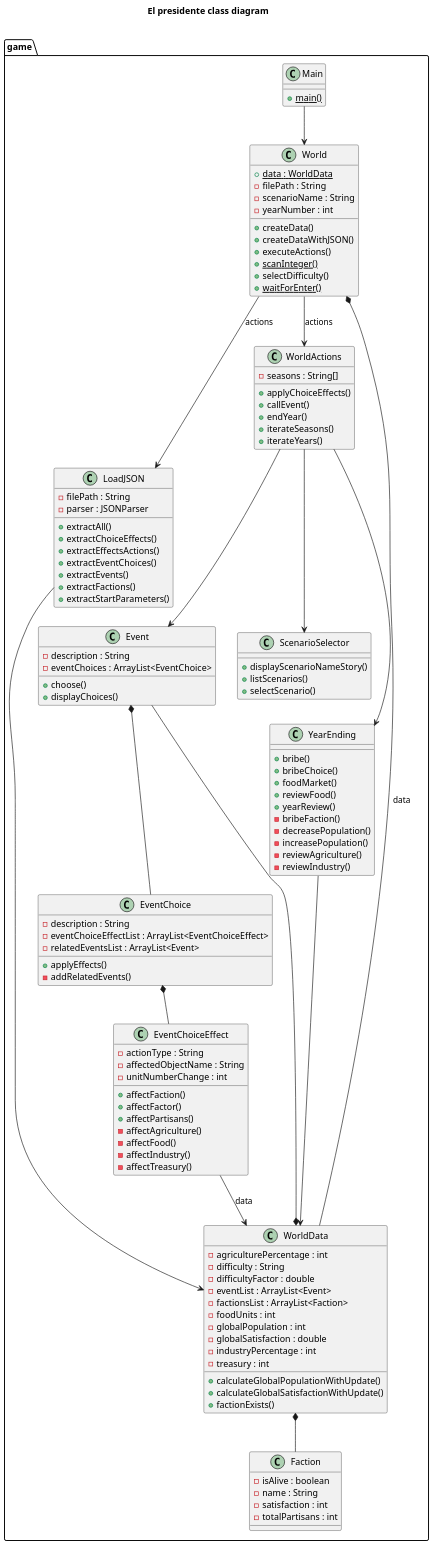
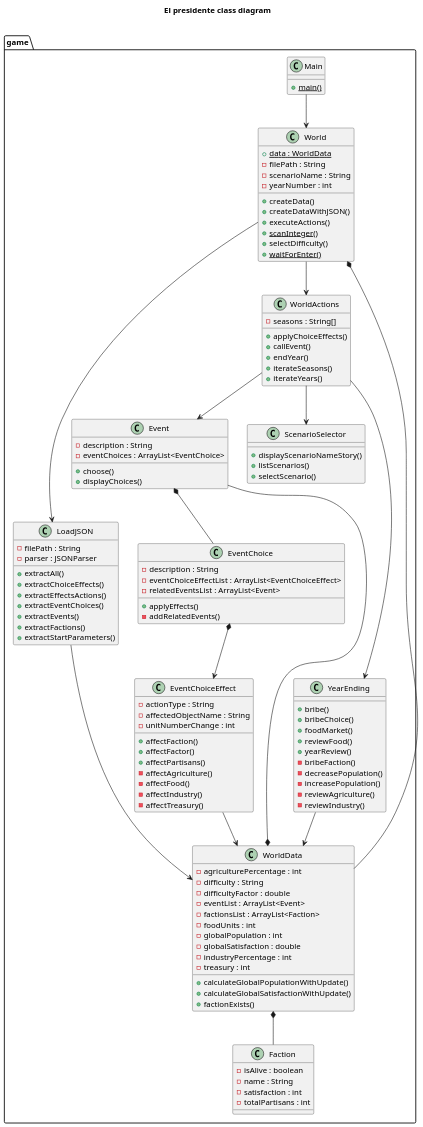
The diagram in src/main/java/game/game.plantuml (fm65/elpresidente), drawn with PlantUML before and after one commit. The commit also changed 10 other files, not shown here.

```diff
--- a/src/main/java/game/game.plantuml
+++ b/src/main/java/game/game.plantuml
@@ -1,183 +1,183 @@
 @startuml
 
 title  El presidente class diagram\n
 scale 1024 width
 
     namespace game {
       class game.Event {
           - description : String
           - eventChoices : ArrayList<EventChoice>
           + choose()
           + displayChoices()
       }
     }
 
   
 
     namespace game {
       class game.EventChoice {
           - description : String
           - eventChoiceEffectList : ArrayList<EventChoiceEffect>
           - relatedEventsList : ArrayList<Event>
           + applyEffects()
           - addRelatedEvents()
       }
     }
 
   
 
 
     namespace game {
       class game.EventChoiceEffect {
           - actionType : String
           - affectedObjectName : String
           - unitNumberChange : int
           + affectFaction()
           + affectFactor()
           + affectPartisans()
           - affectAgriculture()
           - affectFood()
           - affectIndustry()
           - affectTreasury()
       }
     }
 
   
 
 
     namespace game {
       class game.Faction {
           - isAlive : boolean
           - name : String
           - satisfaction : int
           - totalPartisans : int
       }
     }
 
   
 
 
     namespace game {
       class game.LoadJSON {
           - filePath : String
           - parser : JSONParser
           + extractAll()
           + extractChoiceEffects()
           + extractEffectsActions()
           + extractEventChoices()
           + extractEvents()
           + extractFactions()
           + extractStartParameters()
       }
     }
 
   
 
 
     namespace game {
       class game.Main {
           {static} + main()
       }
     }
 
   
 
 
     namespace game {
       class game.ScenarioSelector {
           + displayScenarioNameStory()
           + listScenarios()
           + selectScenario()
       }
     }
 
   
 
 
     namespace game {
       class game.World {
           {static} + data : WorldData
           - filePath : String
           - scenarioName : String
           - yearNumber : int
           + createData()
           + createDataWithJSON()
           + executeActions()
           {static} + scanInteger()
           + selectDifficulty()
           {static} + waitForEnter()
       }
     }
 
   
 
 
     namespace game {
       class game.WorldActions {
           - seasons : String[]
           + applyChoiceEffects()
           + callEvent()
           + endYear()
           + iterateSeasons()
           + iterateYears()
       }
     }
 
   
 
 
     namespace game {
       class game.WorldData {
           - agriculturePercentage : int
           - difficulty : String
           - difficultyFactor : double
           - eventList : ArrayList<Event>
           - factionsList : ArrayList<Faction>
           - foodUnits : int
           - globalPopulation : int
           - globalSatisfaction : double
           - industryPercentage : int
           - treasury : int
           + calculateGlobalPopulationWithUpdate()
           + calculateGlobalSatisfactionWithUpdate()
           + factionExists()
       }
     }
 
   
 
 
     namespace game {
       class game.YearEnding {
           + bribe()
           + bribeChoice()
           + foodMarket()
           + reviewFood()
           + yearReview()
           - bribeFaction()
           - decreasePopulation()
           - increasePopulation()
           - reviewAgriculture()
           - reviewIndustry()
       }
     }
 
   
 
-  game.EventChoiceEffect --> game.WorldData : data
+  game.EventChoiceEffect --> game.WorldData
   game.LoadJSON --> game.WorldData
-  game.World *-- game.WorldData : data
-  game.World --> game.WorldActions : actions
-  game.World --> game.LoadJSON : actions
+  game.World *-- game.WorldData
+  game.World --> game.WorldActions
+  game.World --> game.LoadJSON
   game.YearEnding --> game.WorldData
   game.WorldData *-- game.Event
   game.WorldData *-- game.Faction
   game.Event *-- game.EventChoice
-  game.EventChoice *-- game.EventChoiceEffect
+  game.EventChoice *--> game.EventChoiceEffect
   game.Main --> game.World
   game.WorldActions --> game.ScenarioSelector
   game.WorldActions --> game.YearEnding
   game.WorldActions --> game.Event
 
 
 @enduml
```
